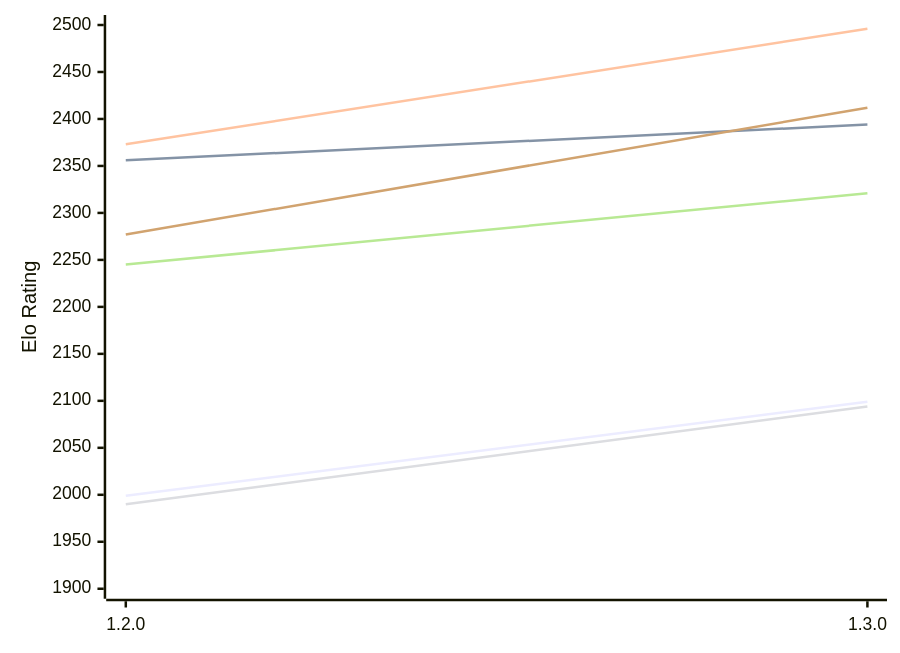
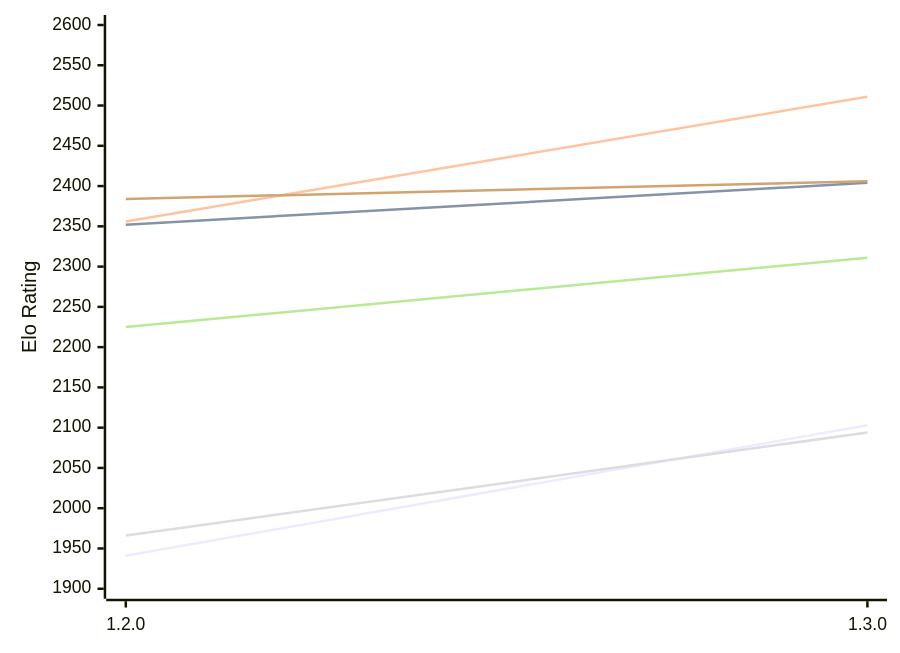
The first of 2 diagrams in engines/Anodos.md (computer-chess-index/cci), drawn with Mermaid before and after one commit. The commit also changed other lines of this file, not shown here.

Commit message:
Update CCI Ratings (ELO VLTC) - 2026-11-14

````diff
--- a/engines/Anodos.md
+++ b/engines/Anodos.md
@@ -52,12 +52,12 @@
 ```mermaid
 %%{init: {"theme":"base","themeVariables":{"seriesColors:['#a3a3a3','#222221','#faa371']}}}%%
 xychart-beta
   x-axis ["1.2.0", "1.3.0"]
-  y-axis "Elo Rating" 1900 --> 2500
-  line "E1: STC (8.0+0.08s)" [1999, 2099]
-  line "E1: LTC (60.0+0.60s)" [2356, 2394]
-  line "E1: VLTC (2m24s+1.12s)" [2373, 2496]
-  line "P1: STC (8.0+0.08s)" [1990, 2094]
-  line "P1: LTC (60.0+0.60s)" [2245, 2321]
-  line "P1: VLTC (2m24s+1.12s)" [2277, 2412]
+  y-axis "Elo Rating" 1900 --> 2600
+  line "E1: STC (8.0+0.08s)" [1941, 2103]
+  line "E1: LTC (60.0+0.60s)" [2352, 2404]
+  line "E1: VLTC (2m24s+1.12s)" [2356, 2511]
+  line "P1: STC (8.0+0.08s)" [1966, 2094]
+  line "P1: LTC (60.0+0.60s)" [2225, 2311]
+  line "P1: VLTC (2m24s+1.12s)" [2384, 2406]
 ```
````
